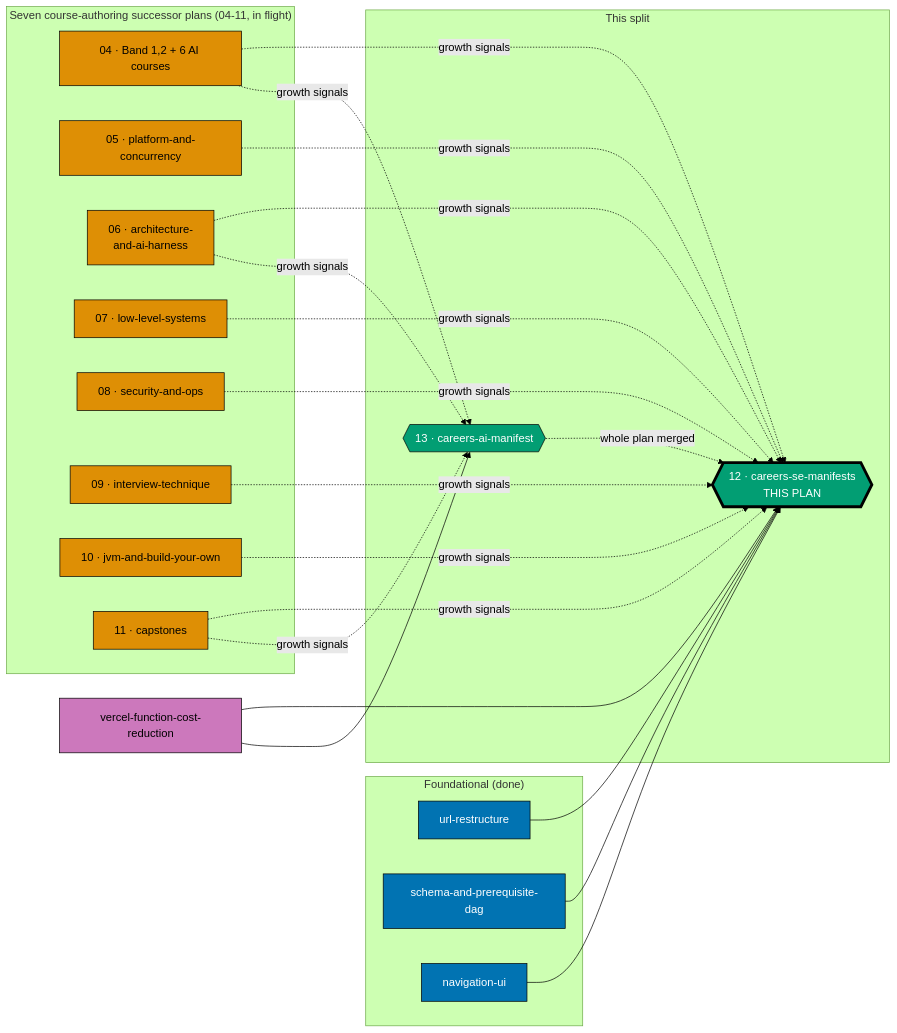
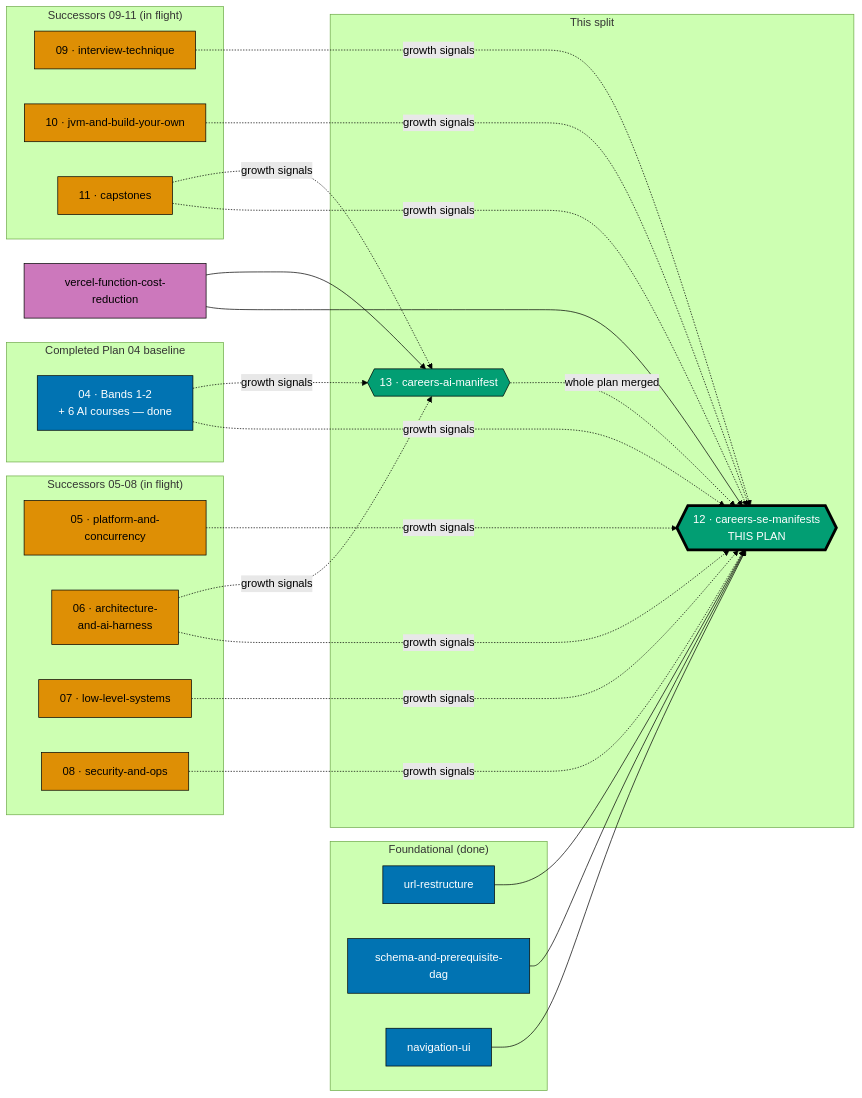
One commit to wahidyankf/open-sharia-fintech changed the second of 3 diagrams in plans/backlog/ayokoding-learning-path-12-careers-se-manifests/README.md. Above: the diagram before and after it, drawn with Mermaid (forest theme). The commit also changed other lines of this file and 11 other files, not shown here.

Commit message:
docs(plans): update ayokoding backlog after plan 04

````diff
--- a/plans/backlog/ayokoding-learning-path-12-careers-se-manifests/README.md
+++ b/plans/backlog/ayokoding-learning-path-12-careers-se-manifests/README.md
@@ -177,51 +177,55 @@
 ```mermaid
 %% Dependency position of this plan and its sibling within the programme.
 %% Node SHAPE encodes kind: rectangle = foundational/infra plan, stadium = course-authoring successor,
 %% hexagon = this split's two manifest plans.
 %% Edge STYLE encodes strength: solid = hard blocking edge, dotted = partial/staged edge.
 flowchart LR
     subgraph F["Foundational (done)"]
         P1["url-restructure"]:::done
         P2["schema-and-prerequisite-dag"]:::done
         P3["navigation-ui"]:::done
     end
-    subgraph CA["Seven course-authoring successor plans (04-11, in flight)"]
-        CA1["04 · Band 1,2 + 6 AI courses"]:::ca
+    subgraph CA1Done["Completed Plan 04 baseline"]
+        CA1["04 · Bands 1-2<br/>+ 6 AI courses — done"]:::done
+    end
+    subgraph CAEarly["Successors 05-08 (in flight)"]
         CA2["05 · platform-and-concurrency"]:::ca
         CA3["06 · architecture-<br/>and-ai-harness"]:::ca
         CA4["07 · low-level-systems"]:::ca
         CA5["08 · security-and-ops"]:::ca
+    end
+    subgraph CALate["Successors 09-11 (in flight)"]
         CA6["09 · interview-technique"]:::ca
         CA7["10 · jvm-and-build-your-own"]:::ca
         CA8["11 · capstones"]:::ca
     end
     subgraph THIS["This split"]
         P12{{"12 · careers-se-manifests<br/>THIS PLAN"}}:::this
         P13{{"13 · careers-ai-manifest"}}:::sibling
     end
     VFC["vercel-function-cost-reduction"]:::infra
 
     P1 --> P12
     P2 --> P12
     P3 --> P12
     CA1 -.->|"growth signals"| P12
     CA2 -.->|"growth signals"| P12
     CA3 -.->|"growth signals"| P12
     CA4 -.->|"growth signals"| P12
     CA5 -.->|"growth signals"| P12
     CA6 -.->|"growth signals"| P12
     CA7 -.->|"growth signals"| P12
     CA8 -.->|"growth signals"| P12
     CA1 -.->|"growth signals"| P13
     CA3 -.->|"growth signals"| P13
     CA8 -.->|"growth signals"| P13
     VFC --> P12
     VFC --> P13
     P13 -.->|"whole plan merged"| P12
 
     classDef done fill:#0173B2,stroke:#000000,color:#FFFFFF
     classDef ca fill:#DE8F05,stroke:#000000,color:#000000
     classDef this fill:#029E73,stroke:#000000,color:#FFFFFF,stroke-width:4px
     classDef sibling fill:#029E73,stroke:#000000,color:#FFFFFF
     classDef infra fill:#CC78BC,stroke:#000000,color:#000000
 ```
````
